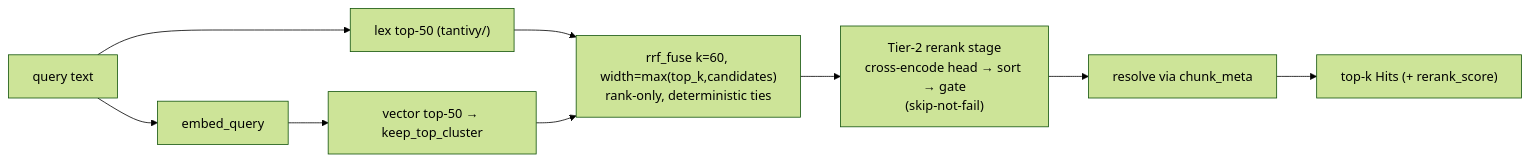
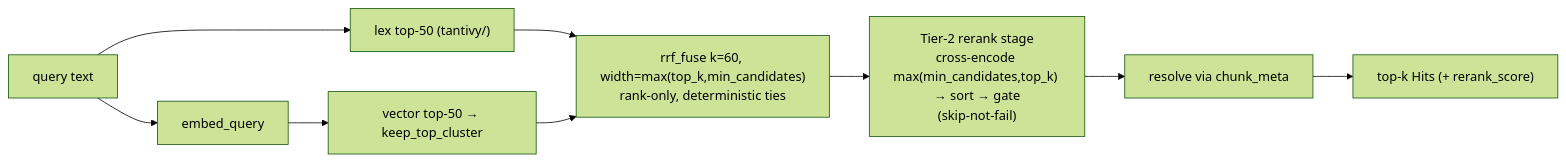
One commit to onebrain-ai/onebrain-cli changed the seventh of 8 diagrams in docs/architecture/search.md. Above: the diagram before and after it, drawn with Mermaid (forest theme). The commit also changed other lines of this file and 11 other files, not shown here.

First line of the commit message:
feat(search): top_k + reranker min_candidates settable on all surfaces; rerank covers full result set

````diff
--- a/docs/architecture/search.md
+++ b/docs/architecture/search.md
@@ -429,9 +435,9 @@
 ```mermaid
 flowchart LR
     Q["query text"] --> LX["lex top-50 (tantivy/)"]
     Q --> EMB["embed_query"] --> VC["vector top-50 → keep_top_cluster"]
-    LX --> F["rrf_fuse k=60, width=max(top_k,candidates)<br/>rank-only, deterministic ties"]
+    LX --> F["rrf_fuse k=60, width=max(top_k,min_candidates)<br/>rank-only, deterministic ties"]
     VC --> F
-    F --> RR["Tier-2 rerank stage<br/>cross-encode head → sort → gate<br/>(skip-not-fail)"]
+    F --> RR["Tier-2 rerank stage<br/>cross-encode max(min_candidates,top_k) → sort → gate<br/>(skip-not-fail)"]
     RR --> RES["resolve via chunk_meta"] --> H["top-k Hits (+ rerank_score)"]
 ```
````
